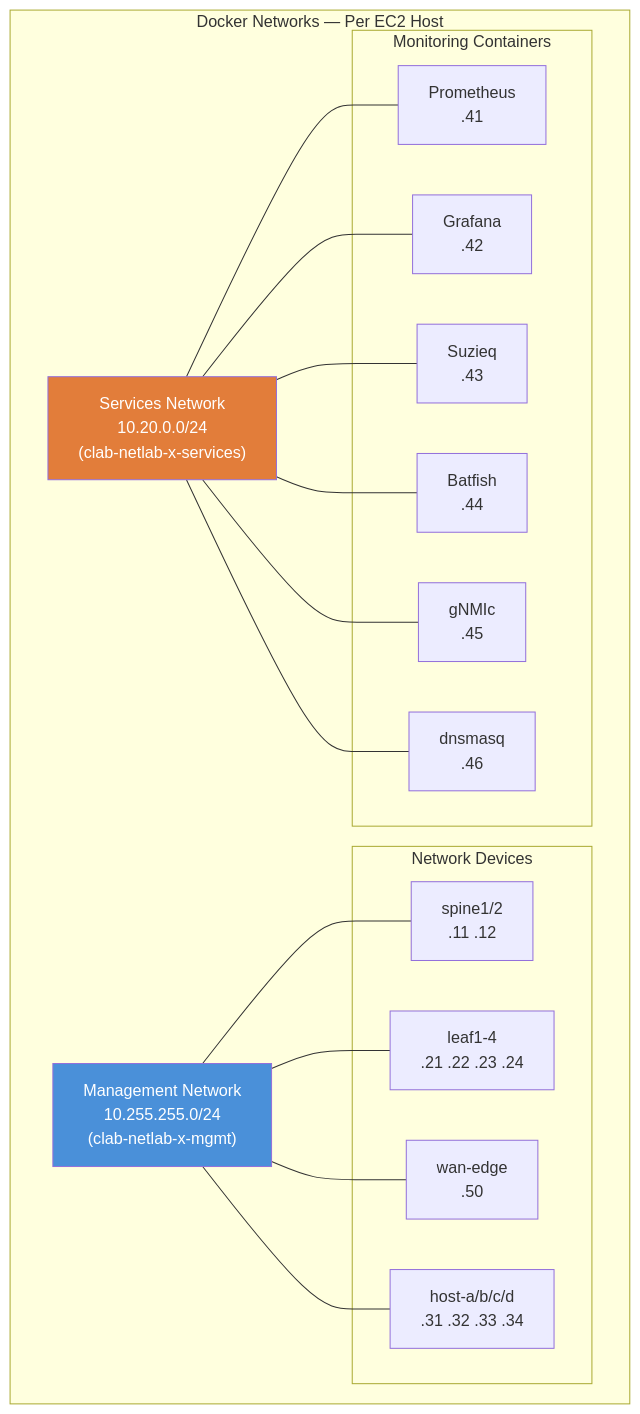
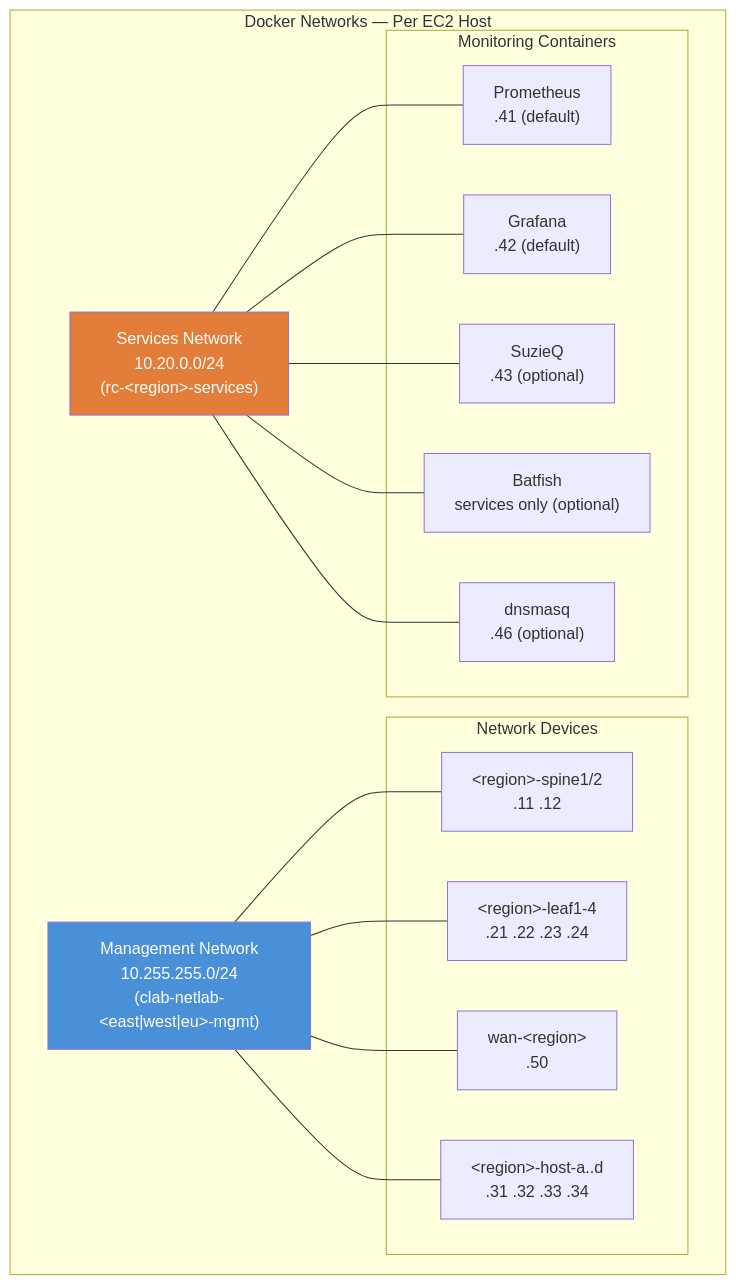
One commit to macrohard1970/ResilientCloud changed the third of 3 diagrams in docs/diagrams/network-topology.md. Above: the diagram before and after it, drawn with Mermaid. The commit also changed other lines of this file and 12 other files, not shown here.

First line of the commit message:
docs: align all docs and diagrams with the fixed lab; add CHANGELOG

````diff
--- a/docs/diagrams/network-topology.md
+++ b/docs/diagrams/network-topology.md
@@ -101,37 +101,35 @@
 ```mermaid
 graph TB
     subgraph "Docker Networks — Per EC2 Host"
-        MGMT["Management Network<br/>10.255.255.0/24<br/>(clab-netlab-x-mgmt)"]
-        SVC["Services Network<br/>10.20.0.0/24<br/>(clab-netlab-x-services)"]
+        MGMT["Management Network<br/>10.255.255.0/24<br/>(clab-netlab-&lt;east|west|eu&gt;-mgmt)"]
+        SVC["Services Network<br/>10.20.0.0/24<br/>(rc-&lt;region&gt;-services)"]
 
         subgraph "Network Devices"
-            S["spine1/2<br/>.11 .12"]
-            L["leaf1-4<br/>.21 .22 .23 .24"]
-            W["wan-edge<br/>.50"]
-            H["host-a/b/c/d<br/>.31 .32 .33 .34"]
+            S["&lt;region&gt;-spine1/2<br/>.11 .12"]
+            L["&lt;region&gt;-leaf1-4<br/>.21 .22 .23 .24"]
+            W["wan-&lt;region&gt;<br/>.50"]
+            H["&lt;region&gt;-host-a..d<br/>.31 .32 .33 .34"]
         end
 
         subgraph "Monitoring Containers"
-            PROM["Prometheus<br/>.41"]
-            GRAF["Grafana<br/>.42"]
-            SUZ["Suzieq<br/>.43"]
-            BAT["Batfish<br/>.44"]
-            GNMI["gNMIc<br/>.45"]
-            DNS["dnsmasq<br/>.46"]
+            PROM["Prometheus<br/>.41 (default)"]
+            GRAF["Grafana<br/>.42 (default)"]
+            SUZ["SuzieQ<br/>.43 (optional)"]
+            BAT["Batfish<br/>services only (optional)"]
+            DNS["dnsmasq<br/>.46 (optional)"]
         end
 
         MGMT --- S
         MGMT --- L
         MGMT --- W
         MGMT --- H
         SVC --- PROM
         SVC --- GRAF
         SVC --- SUZ
         SVC --- BAT
-        SVC --- GNMI
         SVC --- DNS
     end
 
     style MGMT fill:#4a90d9,color:#fff
     style SVC fill:#e27d3a,color:#fff
 ```
````
